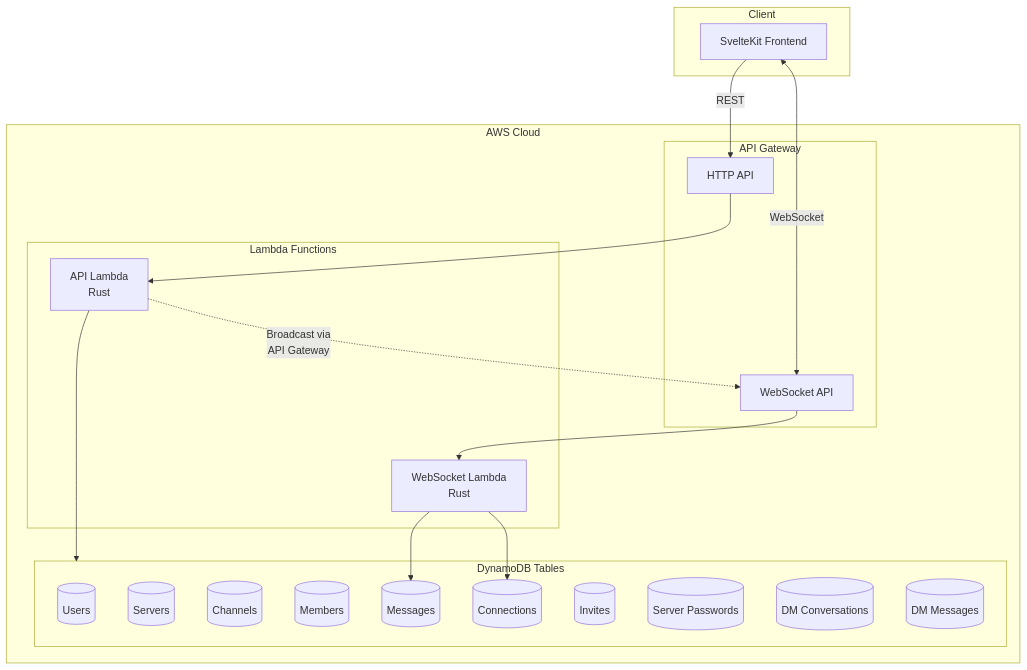
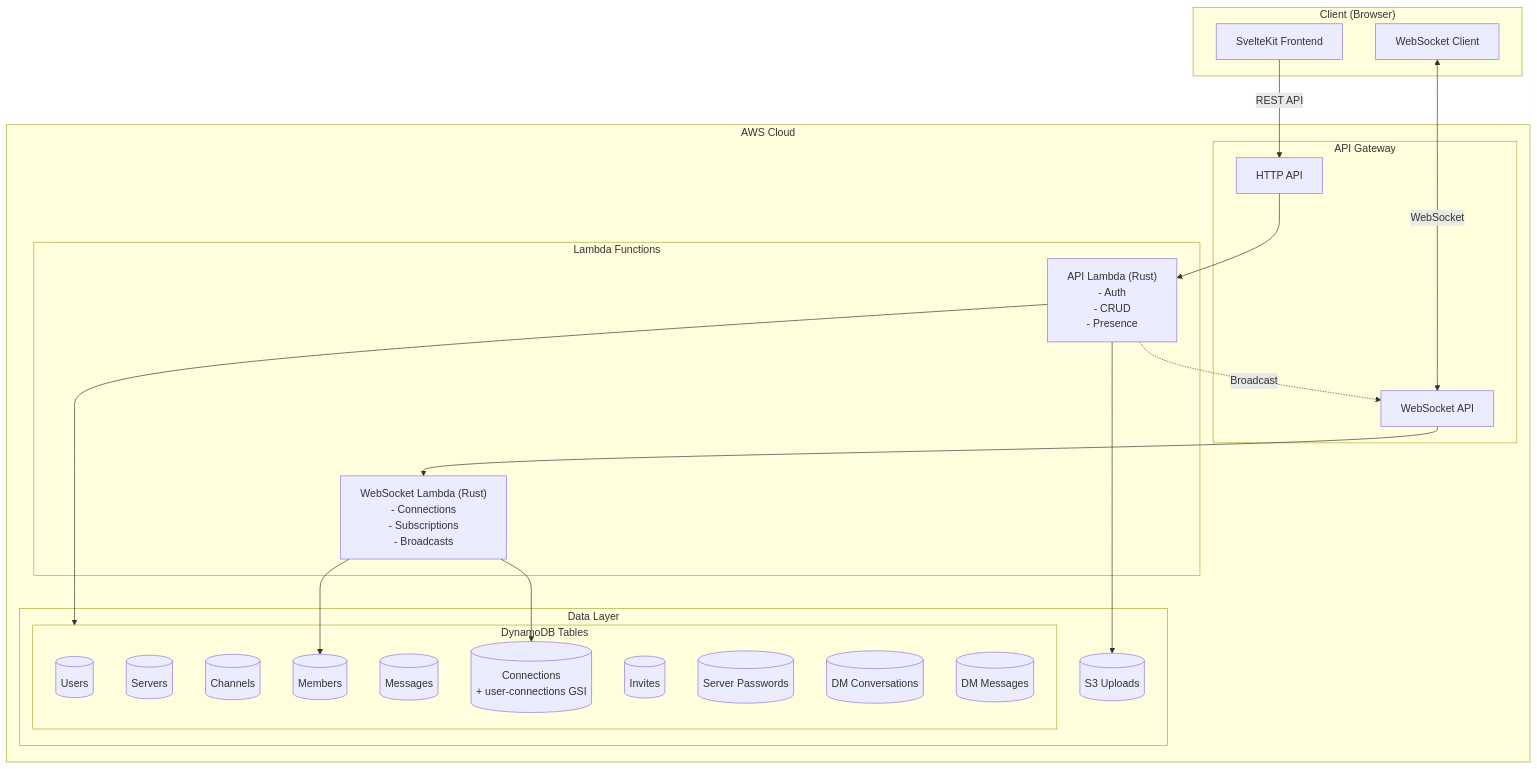
One commit to NTitterton/agorusta changed the first of 5 diagrams in project_design.md. Above: the diagram before and after it, drawn with Mermaid. The commit also changed other lines of this file and 21 other files, not shown here.

First line of the commit message:
Add user presence tracking and members sidebar

````diff
--- a/project_design.md
+++ b/project_design.md
@@ -5,40 +5,45 @@
 ```mermaid
 graph TB
-    subgraph Client
+    subgraph Client["Client (Browser)"]
         FE[SvelteKit Frontend]
+        WS_CLIENT[WebSocket Client]
     end
 
-    subgraph AWS[AWS Cloud]
-        subgraph API[API Gateway]
+    subgraph AWS["AWS Cloud"]
+        subgraph API["API Gateway"]
             HTTP[HTTP API]
             WS[WebSocket API]
         end
 
-        subgraph Lambda[Lambda Functions]
-            API_FN[API Lambda<br/>Rust]
-            WS_FN[WebSocket Lambda<br/>Rust]
+        subgraph Lambda["Lambda Functions"]
+            API_FN["API Lambda (Rust)<br/>- Auth<br/>- CRUD<br/>- Presence"]
+            WS_FN["WebSocket Lambda (Rust)<br/>- Connections<br/>- Subscriptions<br/>- Broadcasts"]
         end
 
-        subgraph DynamoDB[DynamoDB Tables]
-            USERS[(Users)]
-            SERVERS[(Servers)]
-            CHANNELS[(Channels)]
-            MEMBERS[(Members)]
-            MESSAGES[(Messages)]
-            CONNECTIONS[(Connections)]
-            INVITES[(Invites)]
-            PASSWORDS[(Server Passwords)]
-            DM_CONVOS[(DM Conversations)]
-            DM_MSGS[(DM Messages)]
+        subgraph Storage["Data Layer"]
+            subgraph DynamoDB["DynamoDB Tables"]
+                USERS[(Users)]
+                SERVERS[(Servers)]
+                CHANNELS[(Channels)]
+                MEMBERS[(Members)]
+                MESSAGES[(Messages)]
+                CONNECTIONS[(Connections<br/>+ user-connections GSI)]
+                INVITES[(Invites)]
+                PASSWORDS[(Server Passwords)]
+                DM_CONVOS[(DM Conversations)]
+                DM_MSGS[(DM Messages)]
+            end
+            S3[(S3 Uploads)]
         end
     end
 
-    FE -->|REST| HTTP
-    FE <-->|WebSocket| WS
+    FE -->|REST API| HTTP
+    WS_CLIENT <-->|WebSocket| WS
     HTTP --> API_FN
     WS --> WS_FN
     API_FN --> DynamoDB
+    API_FN --> S3
     WS_FN --> CONNECTIONS
-    WS_FN --> MESSAGES
-    API_FN -.->|Broadcast via<br/>API Gateway| WS
+    WS_FN --> MEMBERS
+    API_FN -.->|Broadcast| WS
 ```
````
